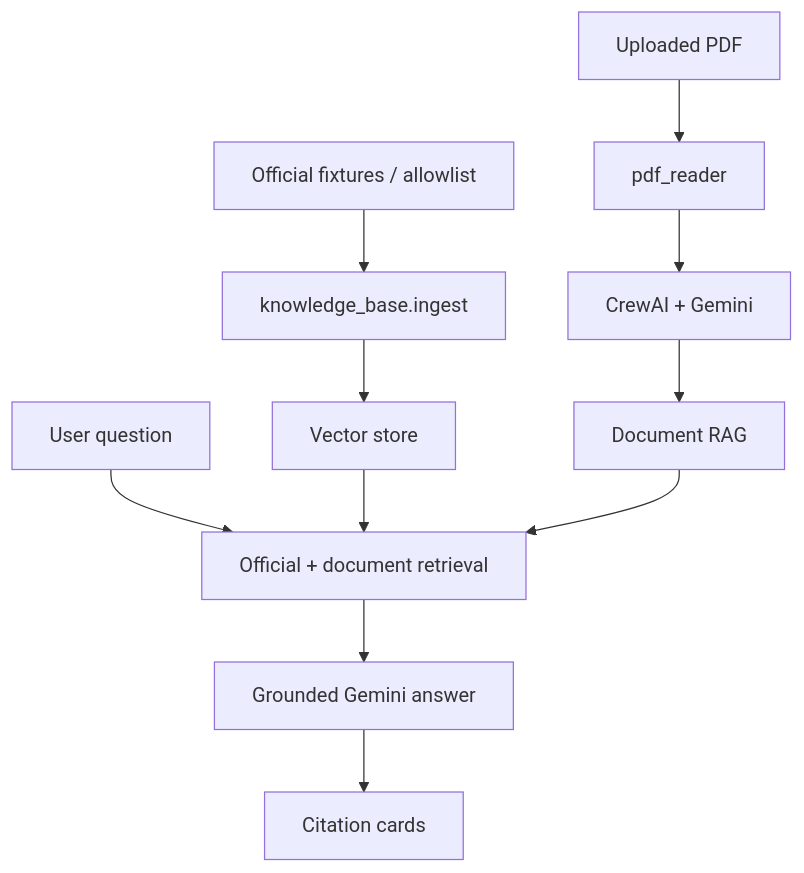
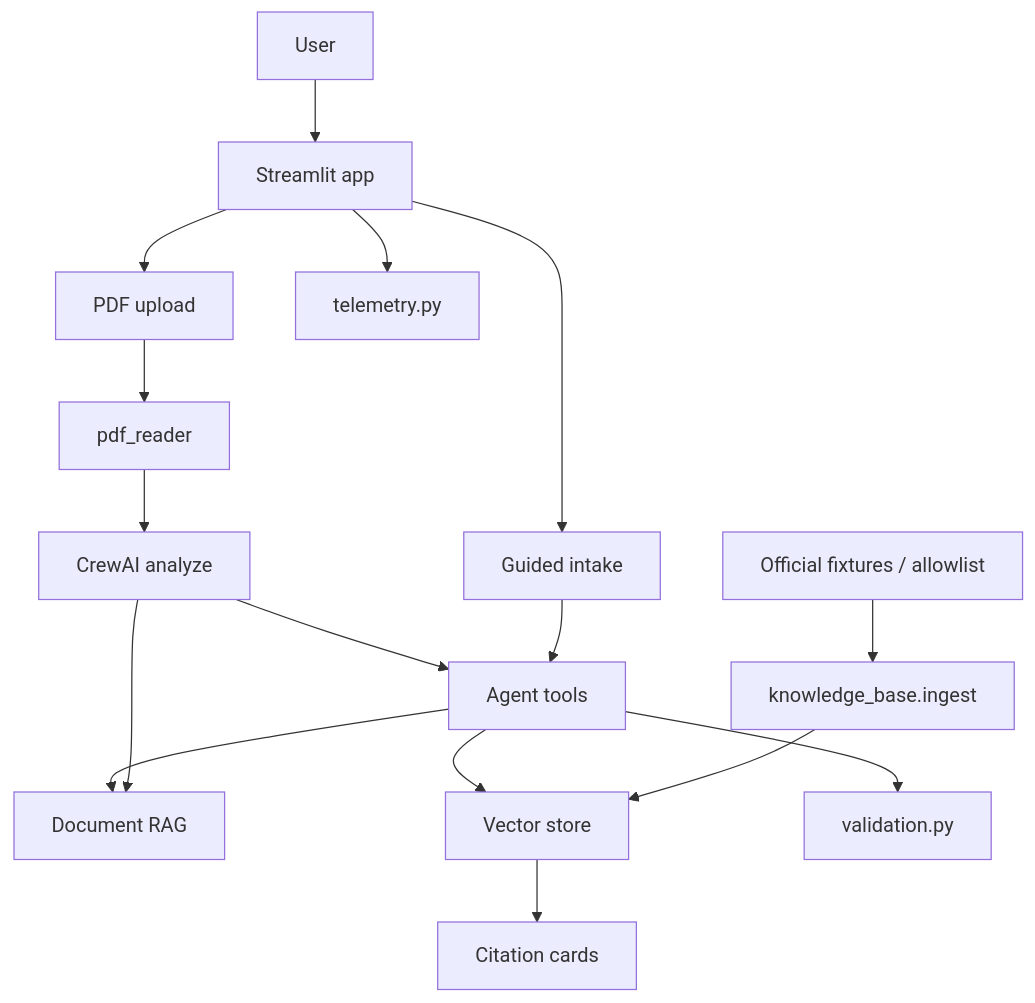
The diagram in README.md (BdahAmina/FormBridge), drawn with Mermaid before and after one commit. The commit also changed other lines of this file and 16 other files, not shown here.

````diff
--- a/README.md
+++ b/README.md
@@ -51,13 +98,18 @@
 ```mermaid
 flowchart TD
-    upload[Uploaded PDF] --> extract[pdf_reader]
-    extract --> analyze[CrewAI + Gemini]
+    user[User] --> ui[Streamlit app]
+    ui --> guided[Guided intake]
+    ui --> upload[PDF upload]
+    upload --> extract[pdf_reader]
+    extract --> analyze[CrewAI analyze]
     analyze --> docRag[Document RAG]
+    guided --> tools[Agent tools]
+    analyze --> tools
     fixtures[Official fixtures / allowlist] --> ingest[knowledge_base.ingest]
     ingest --> store[Vector store]
-    question[User question] --> retrieve[Official + document retrieval]
-    store --> retrieve
-    docRag --> retrieve
-    retrieve --> agent[Grounded Gemini answer]
-    agent --> cites[Citation cards]
+    tools --> store
+    tools --> docRag
+    tools --> validate[validation.py]
+    store --> cites[Citation cards]
+    ui --> telemetry[telemetry.py]
 ```
````
